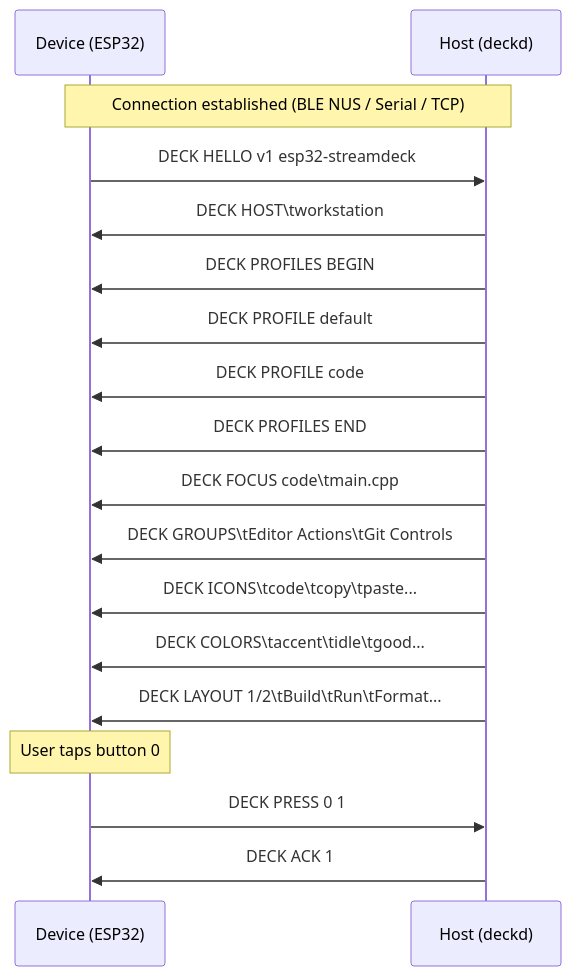
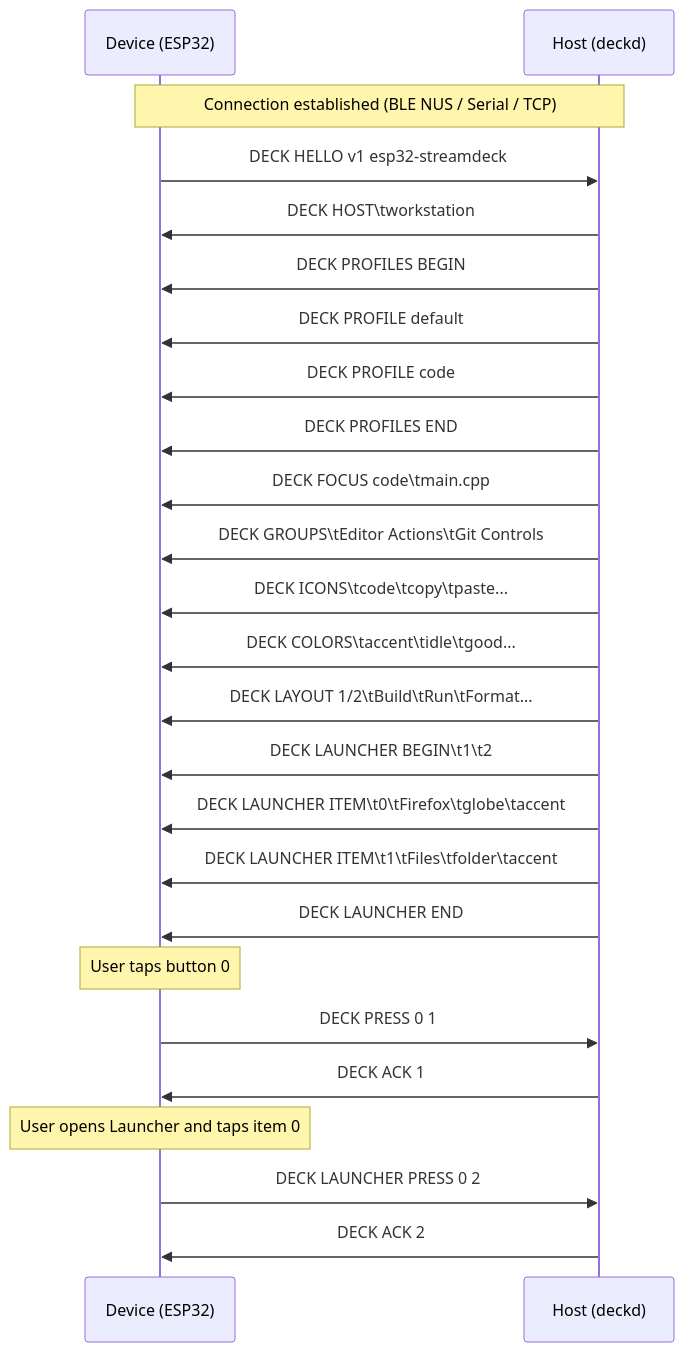
Before and after one commit to jmartinmaster/StreamDeck: the diagram in docs/PROTOCOL.md, drawn with Mermaid. The commit also changed other lines of this file and 24 other files, not shown here.

````diff
--- a/docs/PROTOCOL.md
+++ b/docs/PROTOCOL.md
@@ -52,22 +56,30 @@
 ```mermaid
 sequenceDiagram
     participant D as Device (ESP32)
     participant H as Host (deckd)
 
     Note over D,H: Connection established (BLE NUS / Serial / TCP)
     D->>H: DECK HELLO v1 esp32-streamdeck
     H->>D: DECK HOST\tworkstation
     H->>D: DECK PROFILES BEGIN
     H->>D: DECK PROFILE default
     H->>D: DECK PROFILE code
     H->>D: DECK PROFILES END
     H->>D: DECK FOCUS code\tmain.cpp
     H->>D: DECK GROUPS\tEditor Actions\tGit Controls
     H->>D: DECK ICONS\tcode\tcopy\tpaste...
     H->>D: DECK COLORS\taccent\tidle\tgood...
     H->>D: DECK LAYOUT 1/2\tBuild\tRun\tFormat...
+    H->>D: DECK LAUNCHER BEGIN\t1\t2
+    H->>D: DECK LAUNCHER ITEM\t0\tFirefox\tglobe\taccent
+    H->>D: DECK LAUNCHER ITEM\t1\tFiles\tfolder\taccent
+    H->>D: DECK LAUNCHER END
 
     Note over D: User taps button 0
     D->>H: DECK PRESS 0 1
     H->>D: DECK ACK 1
+
+    Note over D: User opens Launcher and taps item 0
+    D->>H: DECK LAUNCHER PRESS 0 2
+    H->>D: DECK ACK 2
 ```
````
